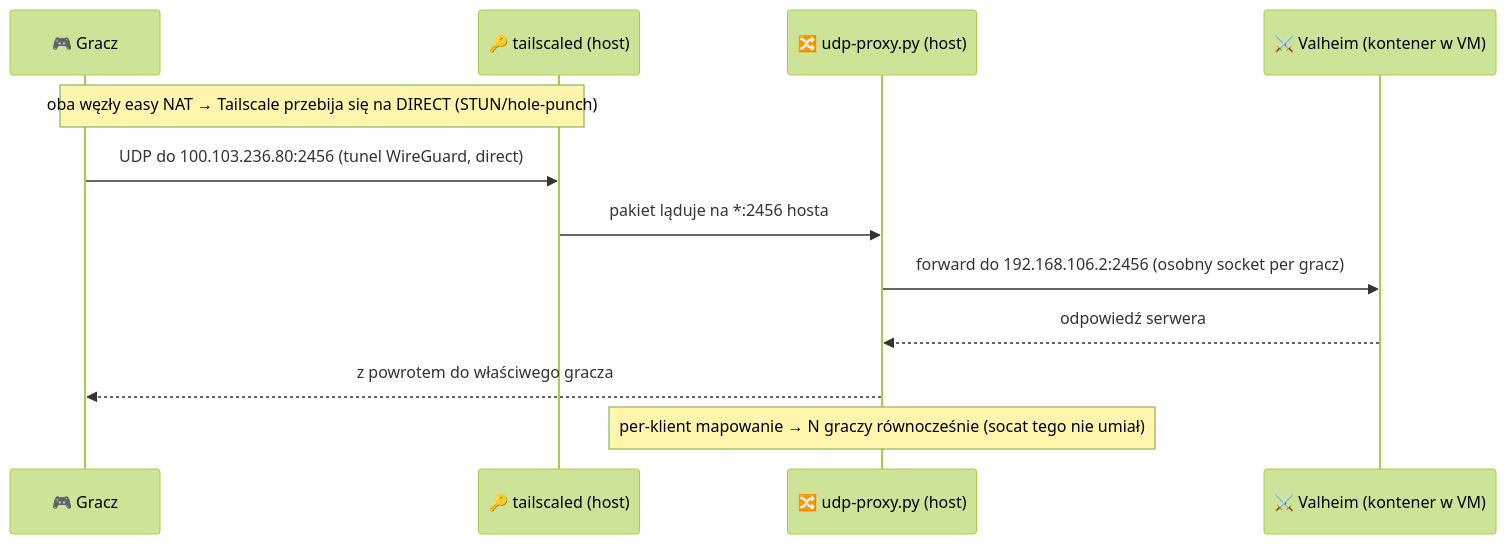
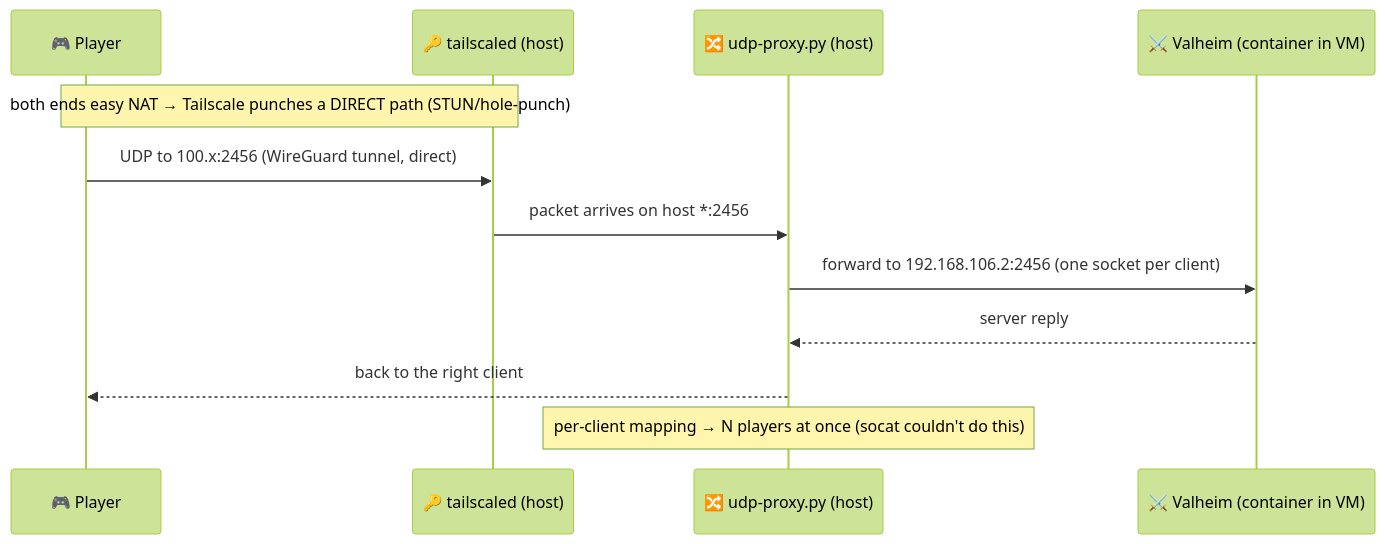
Before and after one commit to z00rd/valheim-apple-silicon: the second of 2 diagrams in ARCHITECTURE.md, drawn with Mermaid (forest theme). The commit also changed other lines of this file and 9 other files, not shown here.

````diff
--- a/ARCHITECTURE.md
+++ b/ARCHITECTURE.md
@@ -117,15 +124,15 @@
 ```mermaid
 sequenceDiagram
-    participant P as 🎮 Gracz
+    participant P as 🎮 Player
     participant T as 🔑 tailscaled (host)
     participant X as 🔀 udp-proxy.py (host)
-    participant V as ⚔️ Valheim (kontener w VM)
+    participant V as ⚔️ Valheim (container in VM)
 
-    Note over P,T: oba węzły easy NAT → Tailscale przebija się na DIRECT (STUN/hole-punch)
-    P->>T: UDP do 100.103.236.80:2456 (tunel WireGuard, direct)
-    T->>X: pakiet ląduje na *:2456 hosta
-    X->>V: forward do 192.168.106.2:2456 (osobny socket per gracz)
-    V-->>X: odpowiedź serwera
-    X-->>P: z powrotem do właściwego gracza
-    Note over X: per-klient mapowanie → N graczy równocześnie (socat tego nie umiał)
+    Note over P,T: both ends easy NAT → Tailscale punches a DIRECT path (STUN/hole-punch)
+    P->>T: UDP to 100.x:2456 (WireGuard tunnel, direct)
+    T->>X: packet arrives on host *:2456
+    X->>V: forward to 192.168.106.2:2456 (one socket per client)
+    V-->>X: server reply
+    X-->>P: back to the right client
+    Note over X: per-client mapping → N players at once (socat couldn't do this)
 ```
````
